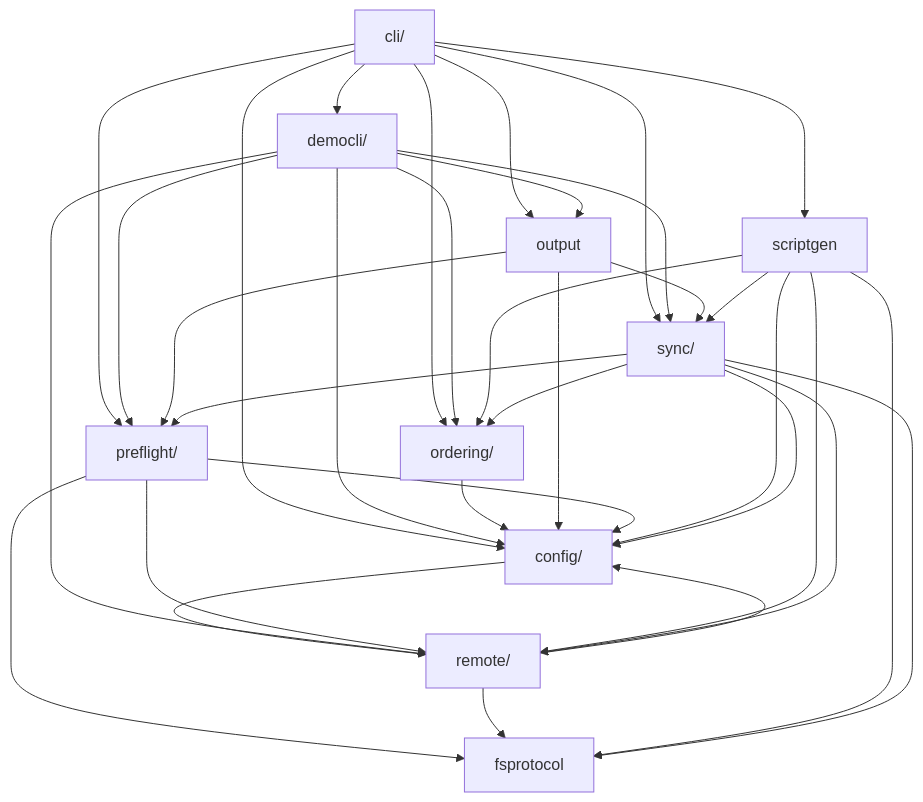
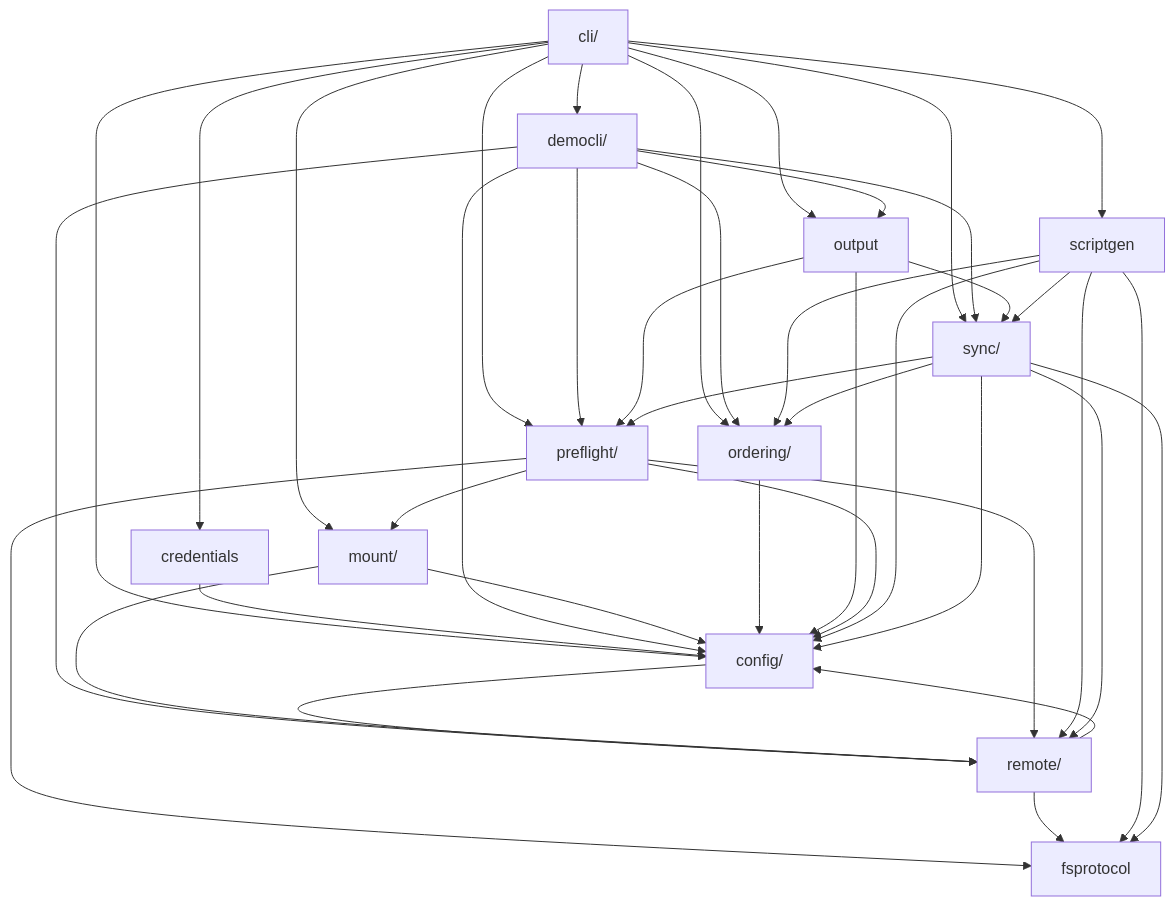
The first of 2 diagrams in docs/architecture.md (iglootools/nbkp), drawn with Mermaid before and after one commit. The commit also changed other lines of this file and 69 other files, not shown here.

````diff
--- a/docs/architecture.md
+++ b/docs/architecture.md
@@ -9,47 +9,55 @@
 ```mermaid
 graph TD
     cli["cli/"]
     config["config/"]
+    credentials["credentials"]
     democli["democli/"]
     fsprotocol["fsprotocol"]
+    mount["mount/"]
     ordering["ordering/"]
     output["output"]
     preflight["preflight/"]
     remote["remote/"]
     scriptgen["scriptgen"]
     sync["sync/"]
 
     cli --> config
+    cli --> credentials
     cli --> democli
+    cli --> mount
     cli --> ordering
     cli --> output
     cli --> preflight
     cli --> scriptgen
     cli --> sync
     config --> remote
+    credentials --> config
     democli --> config
     democli --> ordering
     democli --> output
     democli --> preflight
     democli --> remote
     democli --> sync
+    mount --> config
+    mount --> remote
     ordering --> config
     output --> config
     output --> preflight
     output --> sync
     preflight --> config
     preflight --> fsprotocol
+    preflight --> mount
     preflight --> remote
     remote --> config
     remote --> fsprotocol
     scriptgen --> config
     scriptgen --> fsprotocol
     scriptgen --> ordering
     scriptgen --> remote
     scriptgen --> sync
     sync --> config
     sync --> fsprotocol
     sync --> ordering
     sync --> preflight
     sync --> remote
 ```
````
